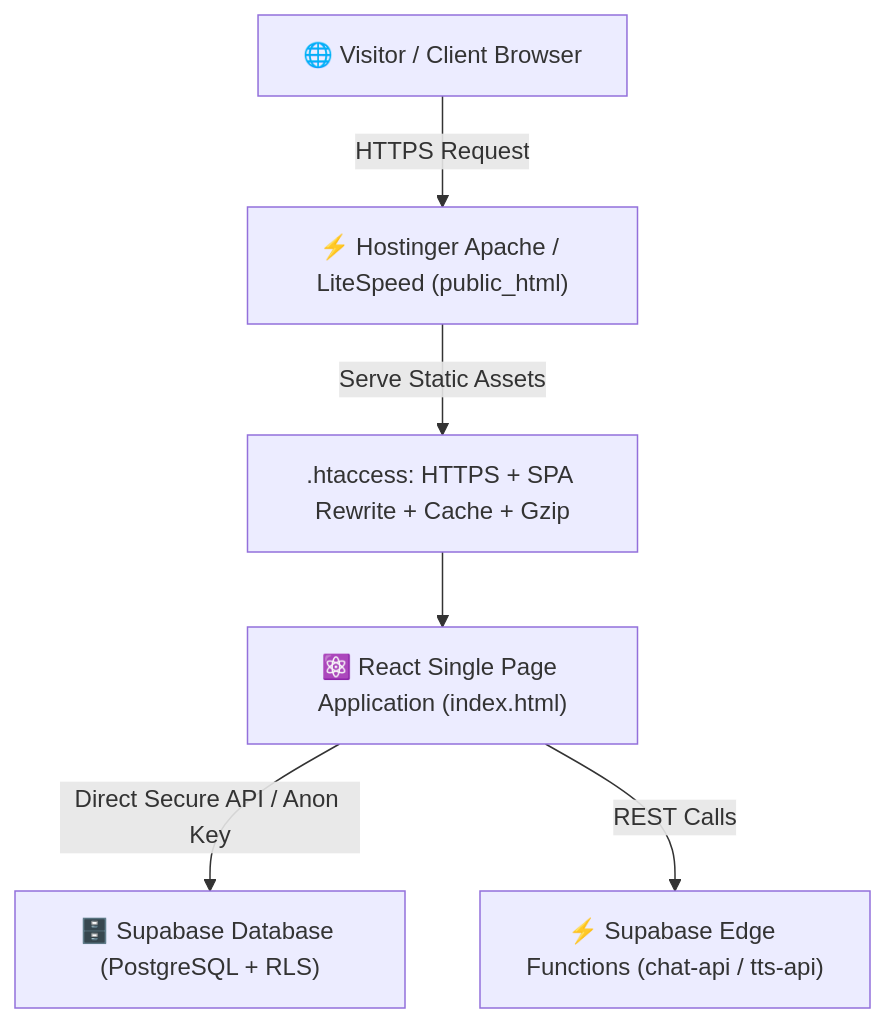
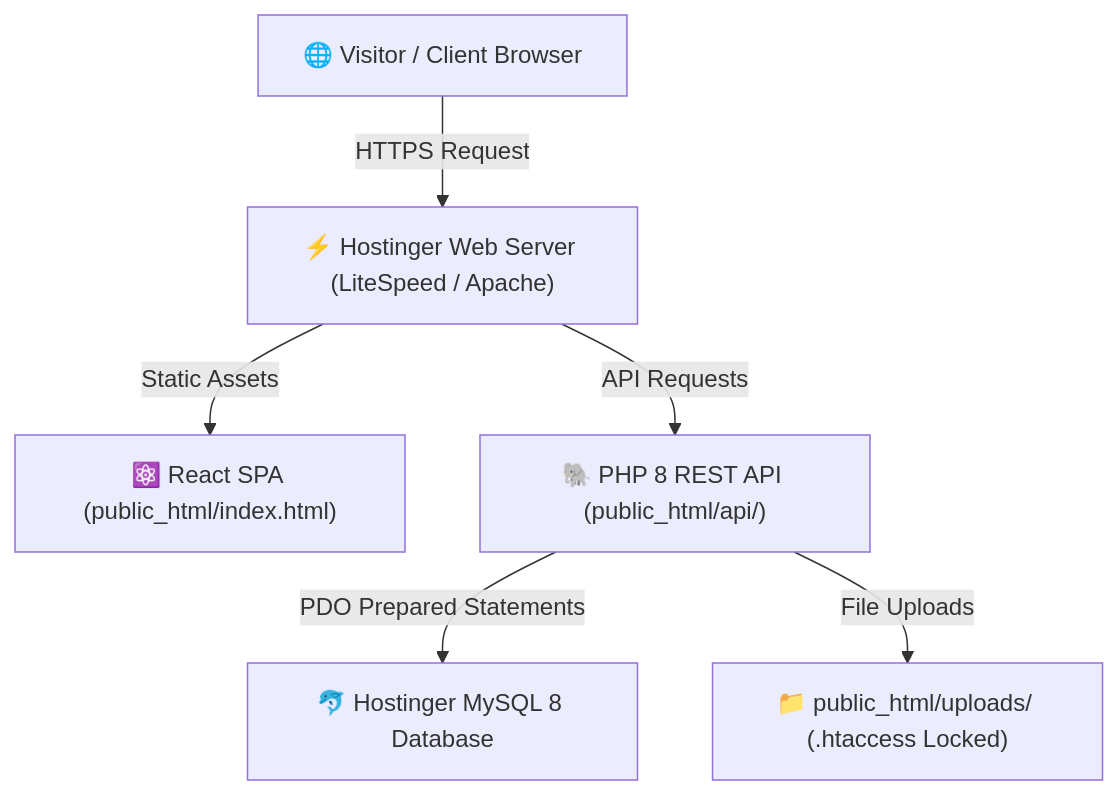
Before and after one commit to zippytechsystems/zippytechsystems-portifilo: the diagram in HOSTINGER_DEPLOY_GUIDE.md, drawn with Mermaid. The commit also changed other lines of this file and 27 other files, not shown here.

Commit message:
Migrate from Supabase to self-hosted Hostinger PHP 8 and MySQL backend

````diff
--- a/HOSTINGER_DEPLOY_GUIDE.md
+++ b/HOSTINGER_DEPLOY_GUIDE.md
@@ -25,8 +31,8 @@
 ```mermaid
 graph TD
-    User["🌐 Visitor / Client Browser"] -->|HTTPS Request| Hostinger["⚡ Hostinger Apache / LiteSpeed (public_html)"]
-    Hostinger -->|Serve Static Assets| Htaccess[".htaccess: HTTPS + SPA Rewrite + Cache + Gzip"]
-    Htaccess --> ReactApp["⚛️ React Single Page Application (index.html)"]
-    ReactApp -->|Direct Secure API / Anon Key| SupabaseDB["🗄️ Supabase Database (PostgreSQL + RLS)"]
-    ReactApp -->|REST Calls| SupabaseEdge["⚡ Supabase Edge Functions (chat-api / tts-api)"]
+    User["🌐 Visitor / Client Browser"] -->|HTTPS Request| Hostinger["⚡ Hostinger Web Server (LiteSpeed / Apache)"]
+    Hostinger -->|Static Assets| SPA["⚛️ React SPA (public_html/index.html)"]
+    Hostinger -->|API Requests| PHP["🐘 PHP 8 REST API (public_html/api/)"]
+    PHP -->|PDO Prepared Statements| MySQL["🐬 Hostinger MySQL 8 Database"]
+    PHP -->|File Uploads| Uploads["📁 public_html/uploads/ (.htaccess Locked)"]
 ```
````
